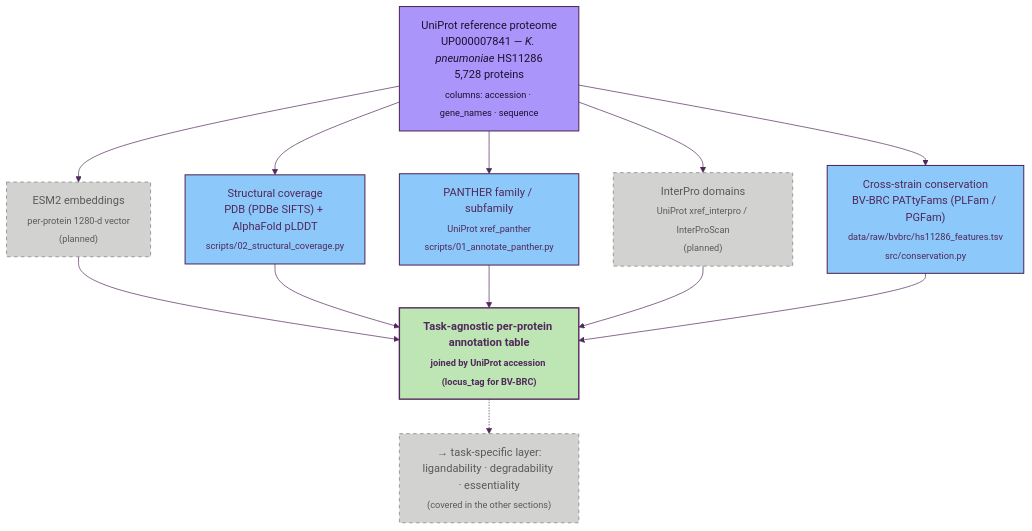
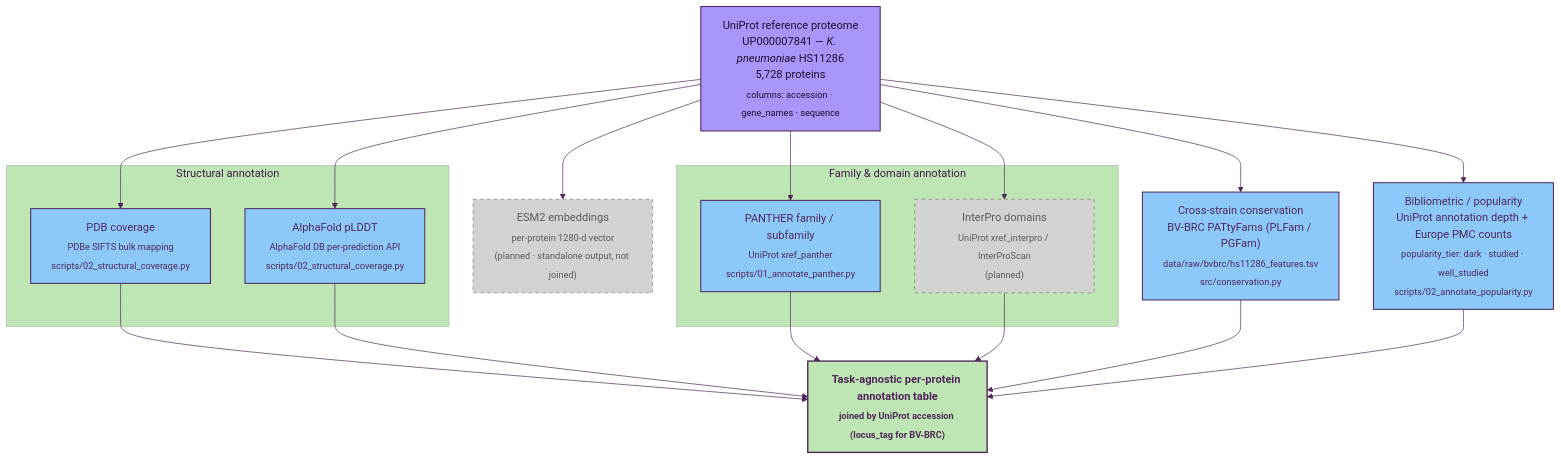
One commit to ersilia-os/gradi-target-prioritization changed the diagram in docs/01_task_agnostic.md. Above: the diagram before and after it, drawn with Mermaid. The commit also changed other lines of this file and 4 other files, not shown here.

Commit message:
diagramming

````diff
--- a/docs/01_task_agnostic.md
+++ b/docs/01_task_agnostic.md
@@ -12,27 +16,39 @@
 ```mermaid
 %%{init: {'theme':'base','themeVariables':{'primaryColor':'#FAD782','primaryBorderColor':'#50285A','primaryTextColor':'#50285A','lineColor':'#50285A','secondaryColor':'#8CC8FA','tertiaryColor':'#BEE6B4','fontFamily':'Inter, system-ui, sans-serif'}}}%%
 flowchart TD
     classDef source    fill:#AA96FA,stroke:#50285A,stroke-width:1.5px,color:#1F0F2E
     classDef dataset   fill:#FAD782,stroke:#50285A,stroke-width:1.5px,color:#50285A
     classDef method    fill:#8CC8FA,stroke:#50285A,stroke-width:1.5px,color:#50285A
     classDef result    fill:#BEE6B4,stroke:#50285A,stroke-width:2px,color:#50285A,font-weight:bold
     classDef tagnostic fill:#DCA0DC,stroke:#50285A,stroke-width:1.5px,color:#50285A
     classDef stub      fill:#FAA08C,stroke:#50285A,stroke-width:1.5px,stroke-dasharray:6 3,color:#50285A
     classDef planned   fill:#D2D2D0,stroke:#7A7A78,stroke-width:1px,stroke-dasharray:5 5,color:#5A5A58
 
     SRC["UniProt reference proteome<br/>UP000007841 — <i>K. pneumoniae</i> HS11286<br/>5,728 proteins<br/><sub>columns: accession · gene_names · sequence</sub>"]:::source
 
-    SRC --> ESM2["ESM2 embeddings<br/><sub>per-protein 1280-d vector</sub><br/><sub>(planned)</sub>"]:::planned
-    SRC --> STR["Structural coverage<br/>PDB (PDBe SIFTS) + AlphaFold pLDDT<br/><sub>scripts/02_structural_coverage.py</sub>"]:::method
-    SRC --> PAN["PANTHER family / subfamily<br/><sub>UniProt xref_panther</sub><br/><sub>scripts/01_annotate_panther.py</sub>"]:::method
-    SRC --> INT["InterPro domains<br/><sub>UniProt xref_interpro / InterProScan</sub><br/><sub>(planned)</sub>"]:::planned
+    SRC --> ESM2["ESM2 embeddings<br/><sub>per-protein 1280-d vector</sub><br/><sub>(planned · standalone output, not joined)</sub>"]:::planned
+
+    subgraph STRUC [" Structural annotation "]
+        PDB["PDB coverage<br/><sub>PDBe SIFTS bulk mapping</sub><br/><sub>scripts/02_structural_coverage.py</sub>"]:::method
+        AF["AlphaFold pLDDT<br/><sub>AlphaFold DB per-prediction API</sub><br/><sub>scripts/02_structural_coverage.py</sub>"]:::method
+    end
+    SRC --> PDB
+    SRC --> AF
+
+    subgraph FAMDOM [" Family &amp; domain annotation "]
+        PAN["PANTHER family / subfamily<br/><sub>UniProt xref_panther</sub><br/><sub>scripts/01_annotate_panther.py</sub>"]:::method
+        INT["InterPro domains<br/><sub>UniProt xref_interpro / InterProScan</sub><br/><sub>(planned)</sub>"]:::planned
+    end
+    SRC --> PAN
+    SRC --> INT
+
     SRC --> CONS["Cross-strain conservation<br/>BV-BRC PATtyFams (PLFam / PGFam)<br/><sub>data/raw/bvbrc/hs11286_features.tsv</sub><br/><sub>src/conservation.py</sub>"]:::method
+    SRC --> POP["Bibliometric / popularity<br/>UniProt annotation depth + Europe PMC counts<br/><sub>popularity_tier: dark · studied · well_studied</sub><br/><sub>scripts/02_annotate_popularity.py</sub>"]:::method
 
-    ESM2 --> T["Task-agnostic per-protein annotation table<br/><sub>joined by UniProt accession (locus_tag for BV-BRC)</sub>"]:::result
-    STR  --> T
+    PDB  --> T["Task-agnostic per-protein annotation table<br/><sub>joined by UniProt accession (locus_tag for BV-BRC)</sub>"]:::result
+    AF   --> T
     PAN  --> T
     INT  --> T
     CONS --> T
-
-    T -.-> NEXT["→ task-specific layer:<br/>ligandability · degradability · essentiality<br/><sub>(covered in the other sections)</sub>"]:::planned
+    POP  --> T
 ```
````
